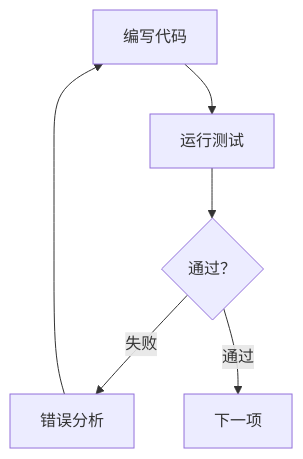
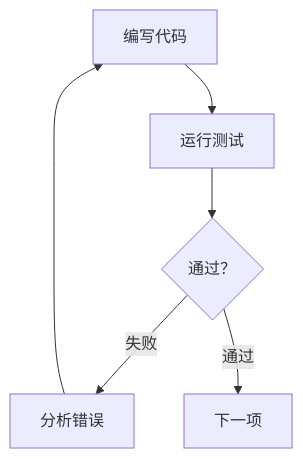
One commit to modu-ai/moai-adk changed the second of 2 diagrams in docs-site/content/zh/core-concepts/harness-engineering.md. Above: the diagram before and after it, drawn with Mermaid. The commit also changed other lines of this file and 395 other files, not shown here.

````diff
--- a/docs-site/content/zh/core-concepts/harness-engineering.md
+++ b/docs-site/content/zh/core-concepts/harness-engineering.md
@@ -85,8 +98,8 @@
 ```mermaid
 graph TD
     A["编写代码"] --> B["运行测试"]
     B --> C{"通过？"}
-    C -->|"失败"| D["错误分析"]
+    C -->|"失败"| D["分析错误"]
     D --> A
     C -->|"通过"| E["下一项"]
 ```
````
